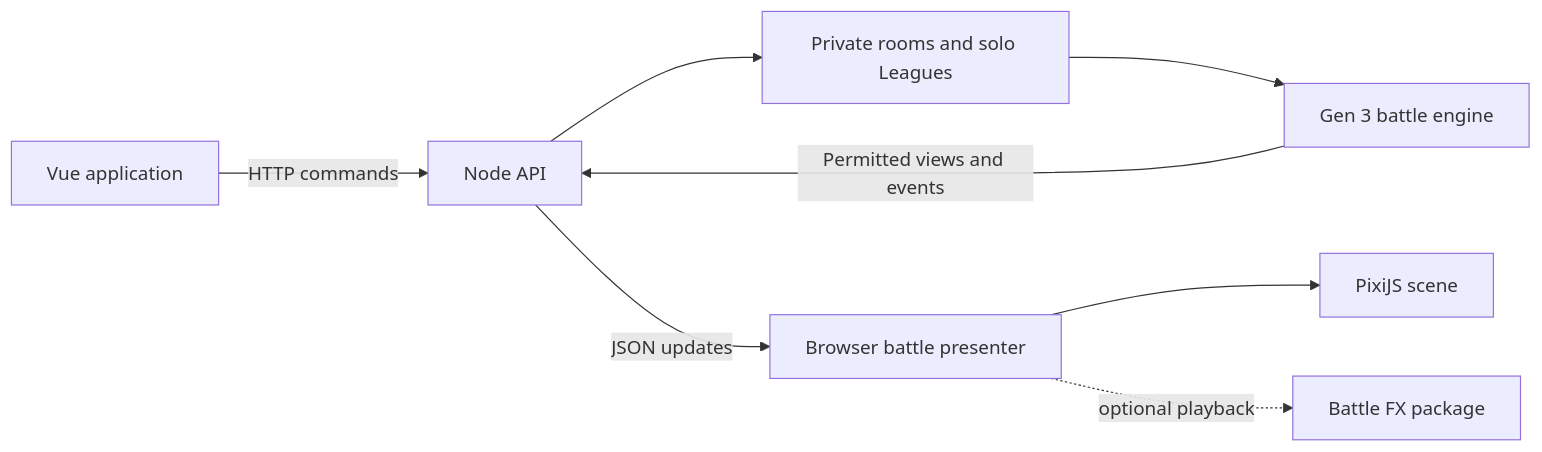
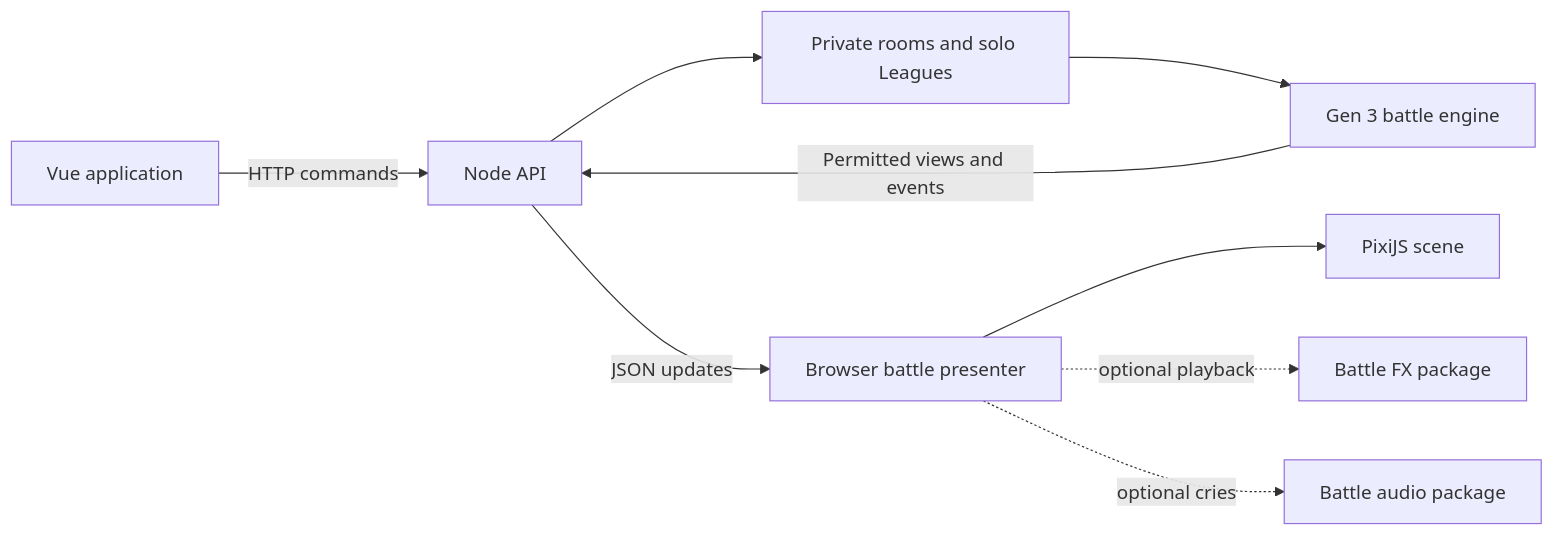
Before and after one commit to gosunoobie/pokemon-battle-simulator: the diagram in README.md, drawn with Mermaid. The commit also changed other lines of this file and 22 other files, not shown here.

Commit message:
integrated the pokemon cries into the battle interface

````diff
--- a/README.md
+++ b/README.md
@@ -101,10 +107,11 @@
 ```mermaid
 flowchart LR
     UI[Vue application] -->|HTTP commands| API[Node API]
     API --> Services[Private rooms and solo Leagues]
     Services --> Engine[Gen 3 battle engine]
     Engine -->|Permitted views and events| API
     API -->|JSON updates| Presenter[Browser battle presenter]
     Presenter --> Scene[PixiJS scene]
     Presenter -. optional playback .-> FX[Battle FX package]
+    Presenter -. optional cries .-> Audio[Battle audio package]
 ```
````
